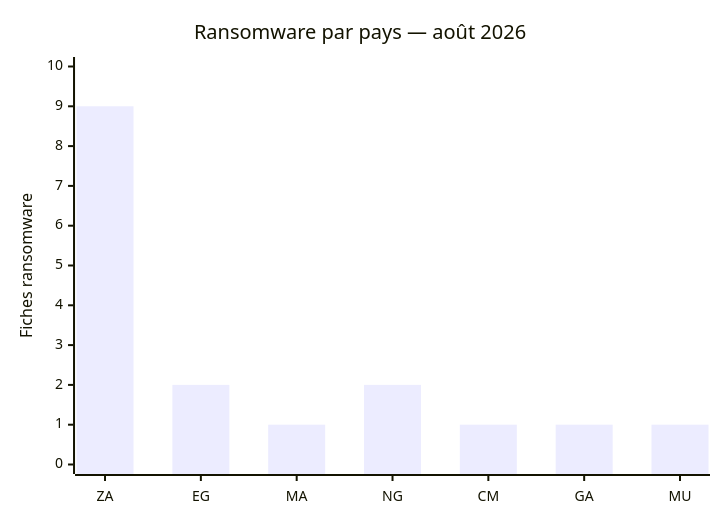
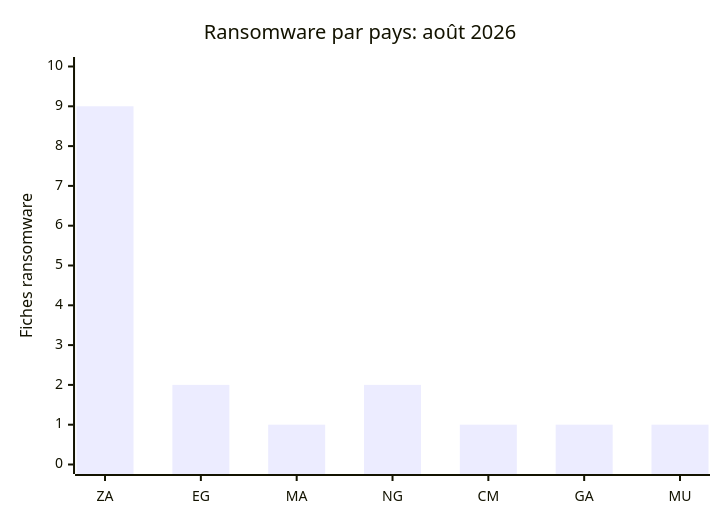
Before and after one commit to Hatchepsoute/AFRINTEL: the third of 7 diagrams in CyberAttackAfrica/2026/08-august/README_FR.md, drawn with Mermaid. The commit also changed other lines of this file and 1 other file, not shown here.

````diff
--- a/CyberAttackAfrica/2026/08-august/README_FR.md
+++ b/CyberAttackAfrica/2026/08-august/README_FR.md
@@ -152,7 +152,7 @@
 ```mermaid
 xychart-beta
-    title "Ransomware par pays — août 2026"
+    title "Ransomware par pays: août 2026"
     x-axis ["ZA", "EG", "MA", "NG", "CM", "GA", "MU"]
     y-axis "Fiches ransomware" 0 --> 10
     bar [9, 2, 1, 2, 1, 1, 1]
 ```
````
